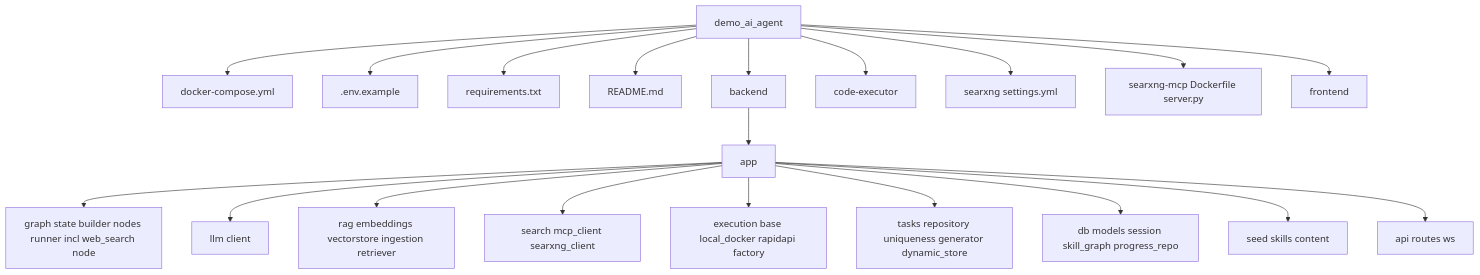
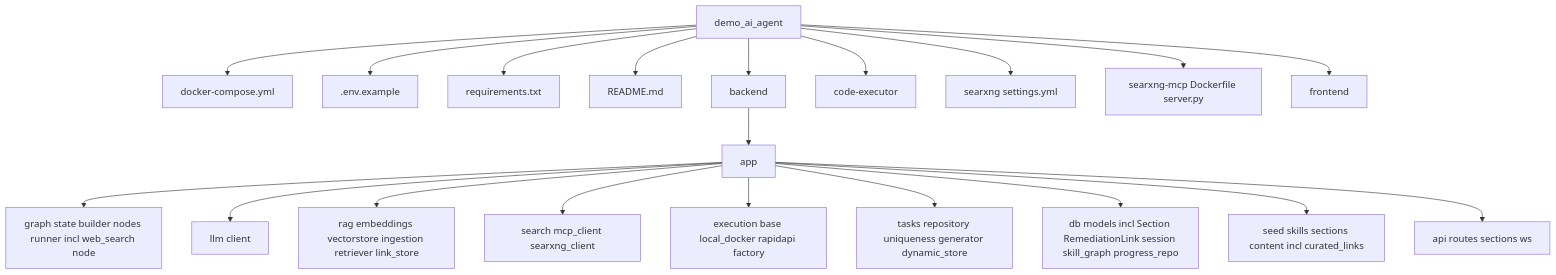
The fifth of 5 diagrams in README.md (dmitrygashnikov/demo_ai_agent), drawn with Mermaid before and after one commit. The commit also changed other lines of this file and 31 other files, not shown here.

````diff
--- a/README.md
+++ b/README.md
@@ -210,23 +222,23 @@
 ```mermaid
 graph TD
     ROOT[demo_ai_agent] --> COMPOSE[docker-compose.yml]
     ROOT --> ENV[.env.example]
     ROOT --> REQ[requirements.txt]
     ROOT --> RM[README.md]
     ROOT --> BE[backend]
     ROOT --> EXEC[code-executor]
     ROOT --> SX[searxng settings.yml]
     ROOT --> SXMCP[searxng-mcp Dockerfile server.py]
     ROOT --> FE[frontend]
 
     BE --> BEAPP[app]
     BEAPP --> GR[graph state builder nodes runner incl web_search node]
     BEAPP --> LLMD[llm client]
-    BEAPP --> RAG[rag embeddings vectorstore ingestion retriever]
+    BEAPP --> RAG[rag embeddings vectorstore ingestion retriever link_store]
     BEAPP --> SEARCH[search mcp_client searxng_client]
     BEAPP --> EX[execution base local_docker rapidapi factory]
     BEAPP --> TK[tasks repository uniqueness generator dynamic_store]
-    BEAPP --> DB[db models session skill_graph progress_repo]
-    BEAPP --> SEED[seed skills content]
-    BEAPP --> APIM[api routes ws]
+    BEAPP --> DB[db models incl Section RemediationLink session skill_graph progress_repo]
+    BEAPP --> SEED[seed skills sections content incl curated_links]
+    BEAPP --> APIM[api routes sections ws]
 ```
````
